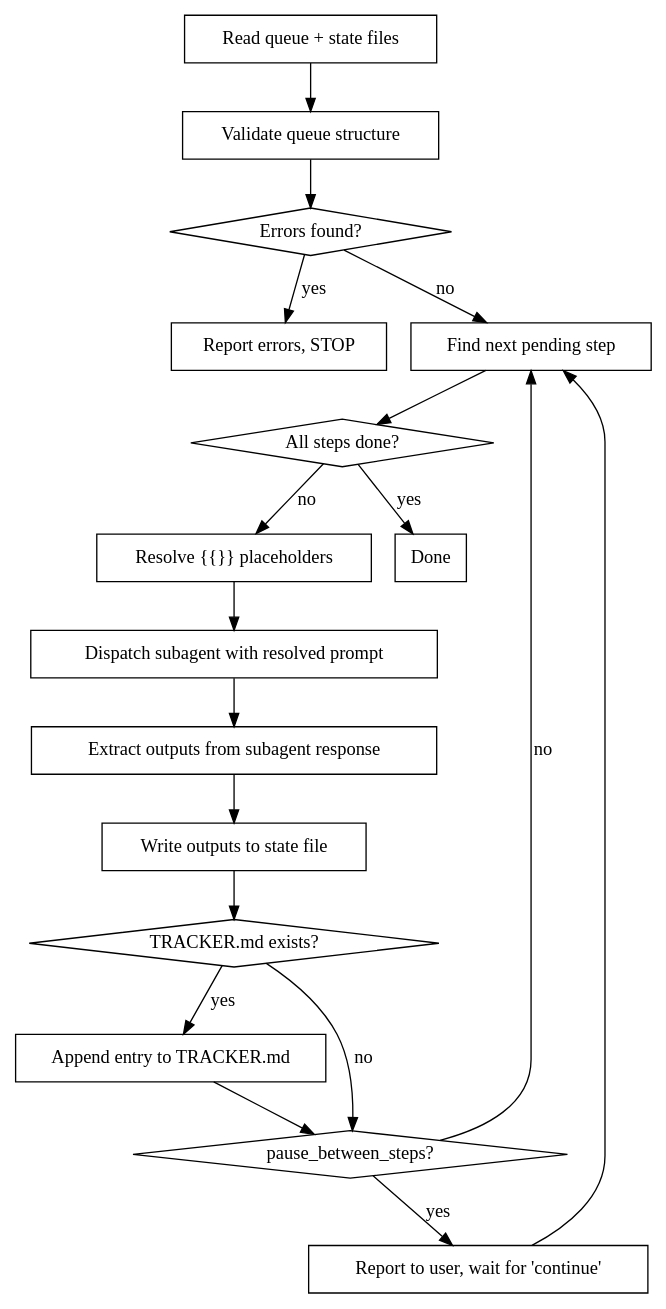
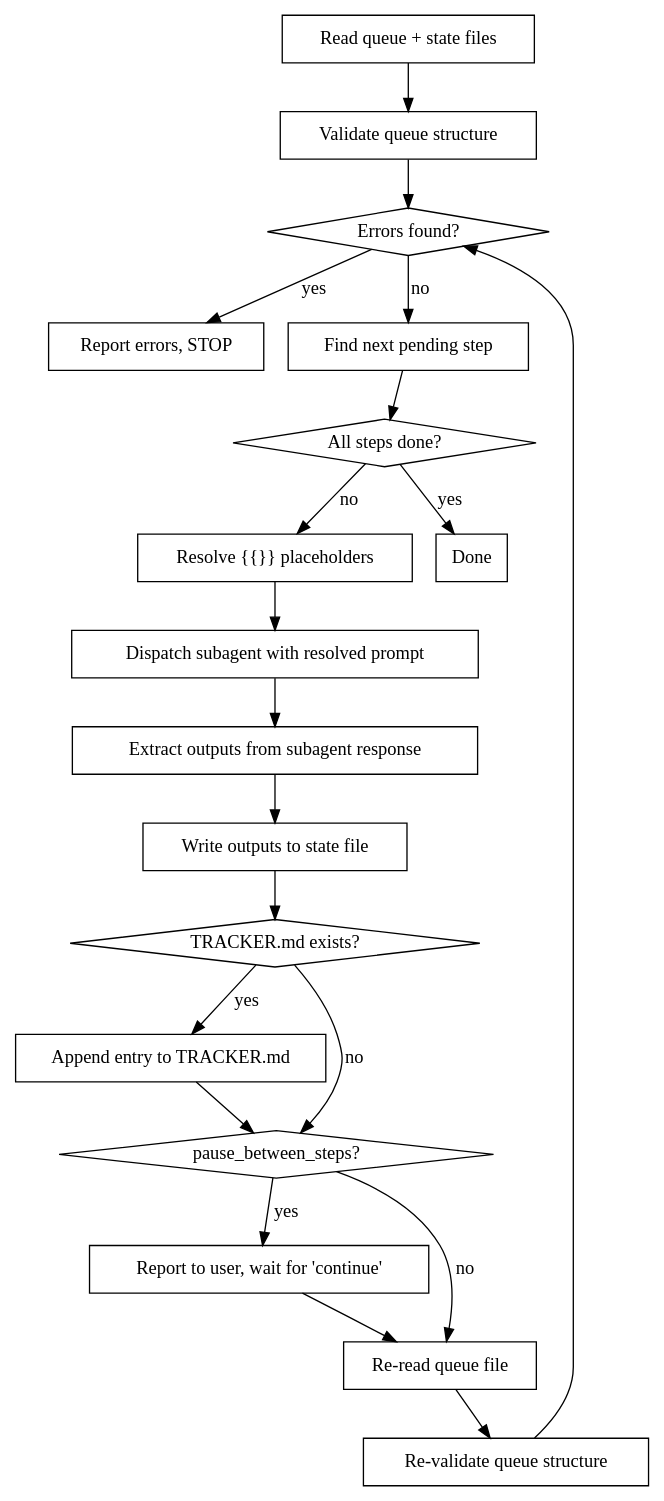
The diagram in skill/prompt-queue/SKILL.md (payals/cursor-prompt-queue), drawn with Graphviz before and after one commit. The commit also changed other lines of this file and 1 other file, not shown here.

Commit message:
Re-read queue file between steps to support adding steps mid-run

````diff
--- a/skill/prompt-queue/SKILL.md
+++ b/skill/prompt-queue/SKILL.md
@@ -68,38 +68,42 @@
 ```dot
 digraph queue {
     rankdir=TB;
     "Read queue + state files" [shape=box];
     "Validate queue structure" [shape=box];
     "Errors found?" [shape=diamond];
     "Report errors, STOP" [shape=box];
     "Find next pending step" [shape=box];
     "All steps done?" [shape=diamond];
     "Resolve {{}} placeholders" [shape=box];
     "Dispatch subagent with resolved prompt" [shape=box];
     "Extract outputs from subagent response" [shape=box];
     "Write outputs to state file" [shape=box];
     "TRACKER.md exists?" [shape=diamond];
     "Append entry to TRACKER.md" [shape=box];
     "pause_between_steps?" [shape=diamond];
     "Report to user, wait for 'continue'" [shape=box];
+    "Re-read queue file" [shape=box];
+    "Re-validate queue structure" [shape=box];
     "Done" [shape=box];
 
     "Read queue + state files" -> "Validate queue structure";
     "Validate queue structure" -> "Errors found?";
     "Errors found?" -> "Report errors, STOP" [label="yes"];
     "Errors found?" -> "Find next pending step" [label="no"];
     "Find next pending step" -> "All steps done?";
     "All steps done?" -> "Done" [label="yes"];
     "All steps done?" -> "Resolve {{}} placeholders" [label="no"];
     "Resolve {{}} placeholders" -> "Dispatch subagent with resolved prompt";
     "Dispatch subagent with resolved prompt" -> "Extract outputs from subagent response";
     "Extract outputs from subagent response" -> "Write outputs to state file";
     "Write outputs to state file" -> "TRACKER.md exists?";
     "TRACKER.md exists?" -> "Append entry to TRACKER.md" [label="yes"];
     "TRACKER.md exists?" -> "pause_between_steps?" [label="no"];
     "Append entry to TRACKER.md" -> "pause_between_steps?";
     "pause_between_steps?" -> "Report to user, wait for 'continue'" [label="yes"];
-    "pause_between_steps?" -> "Find next pending step" [label="no"];
-    "Report to user, wait for 'continue'" -> "Find next pending step";
+    "pause_between_steps?" -> "Re-read queue file" [label="no"];
+    "Report to user, wait for 'continue'" -> "Re-read queue file";
+    "Re-read queue file" -> "Re-validate queue structure";
+    "Re-validate queue structure" -> "Errors found?";
 }
 ```
````
